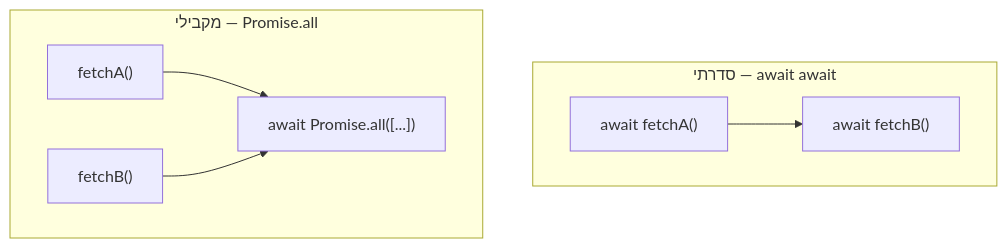
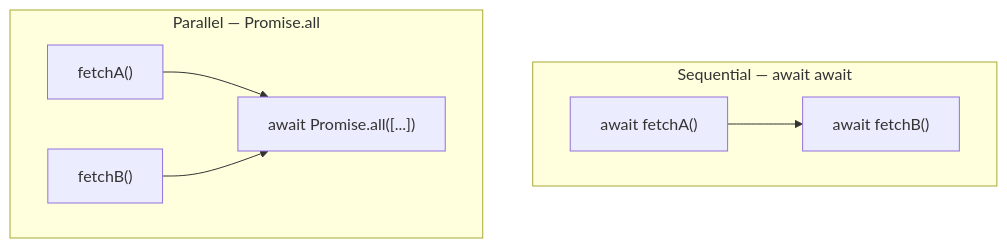
The diagram in content/docs/javascript/23-js-async-await-content.md (neriyaMalachi/FullStack_kodkode_5), drawn with Mermaid before and after one commit. The commit also changed other lines of this file and 117 other files, not shown here.

````diff
--- a/content/docs/javascript/23-js-async-await-content.md
+++ b/content/docs/javascript/23-js-async-await-content.md
@@ -45,14 +45,14 @@
 ```mermaid
 flowchart TB
-    subgraph Sequential["סדרתי — await await"]
+    subgraph Sequential["Sequential — await await"]
         direction LR
         S1["await fetchA()"] --> S2["await fetchB()"]
     end
-    subgraph Parallel["מקבילי — Promise.all"]
+    subgraph Parallel["Parallel — Promise.all"]
         direction LR
         P1["fetchA()"]
         P2["fetchB()"]
         P1 --> PJ["await Promise.all([...])"]
         P2 --> PJ
     end
 ```
````
